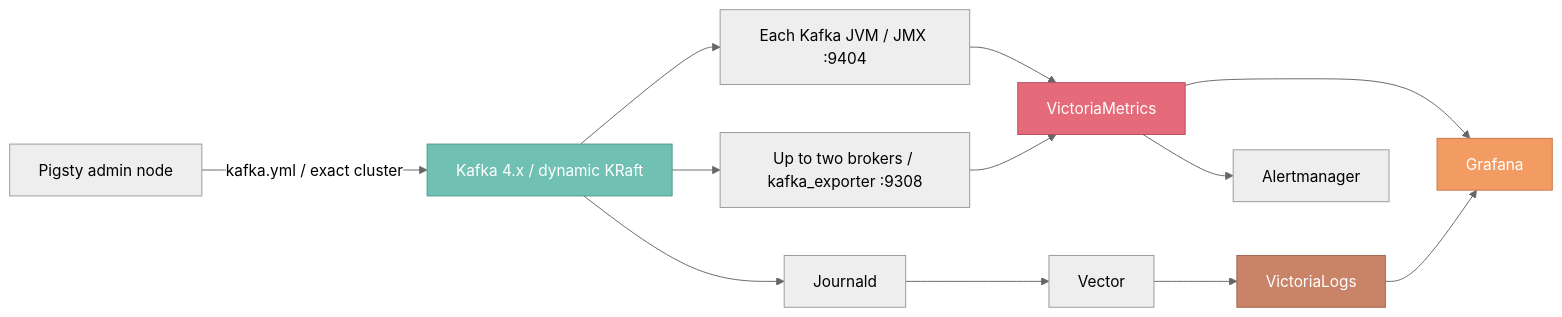
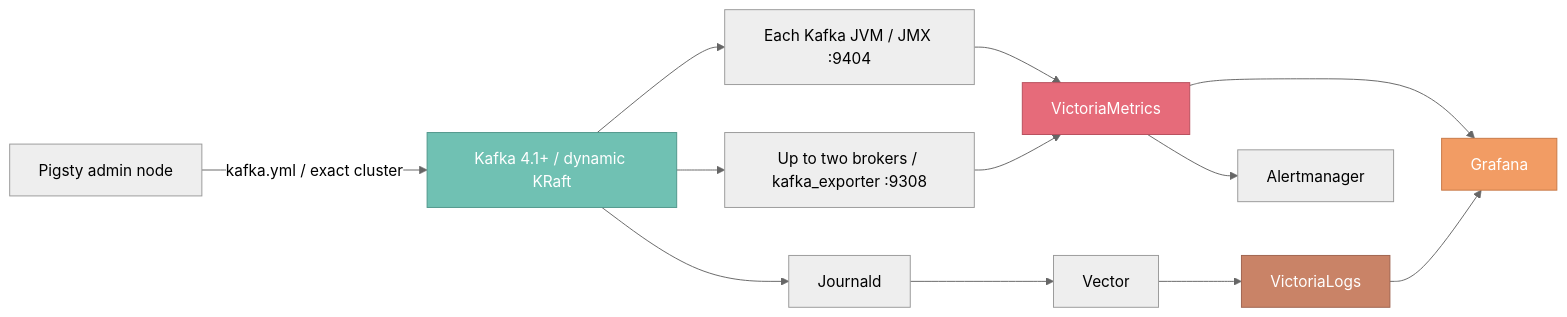
Before and after one commit to pgsty/pigsty.io: the diagram in content/docs/kafka/_index.md, drawn with Mermaid (neutral theme). The commit also changed other lines of this file and 5 other files, not shown here.

````diff
--- a/content/docs/kafka/_index.md
+++ b/content/docs/kafka/_index.md
@@ -44,18 +44,18 @@
 ```mermaid
 flowchart LR
-    admin["Pigsty admin node"] -->|"kafka.yml / exact cluster"| kafka["Kafka 4.x / dynamic KRaft"]
+    admin["Pigsty admin node"] -->|"kafka.yml / exact cluster"| kafka["Kafka 4.1+ / dynamic KRaft"]
     kafka --> jmx["Each Kafka JVM / JMX :9404"]
     kafka --> exporter["Up to two brokers / kafka_exporter :9308"]
     kafka --> journal["Journald"]
     jmx --> vm["VictoriaMetrics"]
     exporter --> vm
     journal --> vector["Vector"] --> vl["VictoriaLogs"]
     vm --> grafana["Grafana"]
     vl --> grafana
     vm --> alert["Alertmanager"]
 
     style kafka fill:#70C1B3,stroke:#4f968b,color:#fff
     style vm fill:#E66B7A,stroke:#b84e5c,color:#fff
     style vl fill:#C98367,stroke:#9e634e,color:#fff
     style grafana fill:#F29C64,stroke:#c77845,color:#fff
 ```
````
